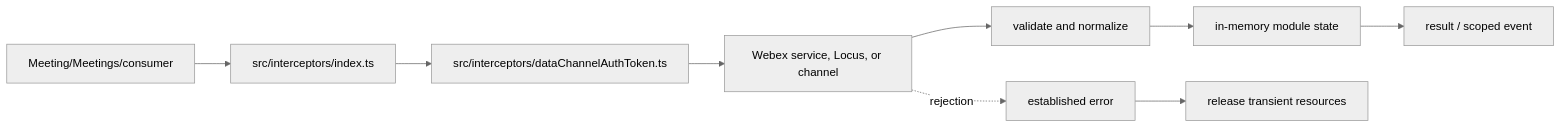
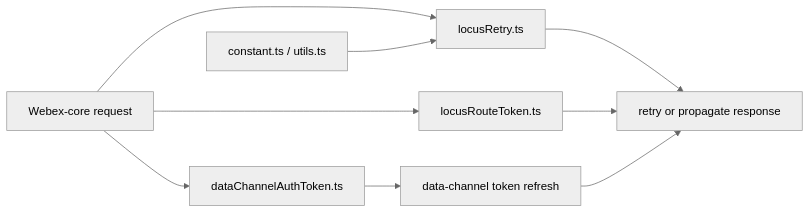
One commit to webex/webex-js-sdk changed the first of 4 diagrams in packages/@webex/plugin-meetings/src/interceptors/ai-docs/interceptors-spec.md. Above: the diagram before and after it, drawn with Mermaid (neutral theme). The commit also changed other lines of this file and 26 other files, not shown here.

````diff
--- a/packages/@webex/plugin-meetings/src/interceptors/ai-docs/interceptors-spec.md
+++ b/packages/@webex/plugin-meetings/src/interceptors/ai-docs/interceptors-spec.md
@@ -99,11 +107,11 @@
 ```mermaid
 flowchart LR
-  Caller[Meeting/Meetings/consumer] --> Entry[src/interceptors/index.ts]
-  Entry --> Support[src/interceptors/dataChannelAuthToken.ts]
-  Support --> Boundary[Webex service, Locus, or channel]
-  Boundary --> Normalize[validate and normalize]
-  Normalize --> State[in-memory module state]
-  State --> Output[result / scoped event]
-  Boundary -. rejection .-> Error[established error]
-  Error --> Cleanup[release transient resources]
+  Request[Webex-core request] --> Retry[locusRetry.ts]
+  Request --> Route[locusRouteToken.ts]
+  Request --> Auth[dataChannelAuthToken.ts]
+  Retry --> Continue[retry or propagate response]
+  Route --> Continue
+  Auth --> Refresh[data-channel token refresh]
+  Refresh --> Continue
+  Constants[constant.ts / utils.ts] --> Retry
 ```
````
